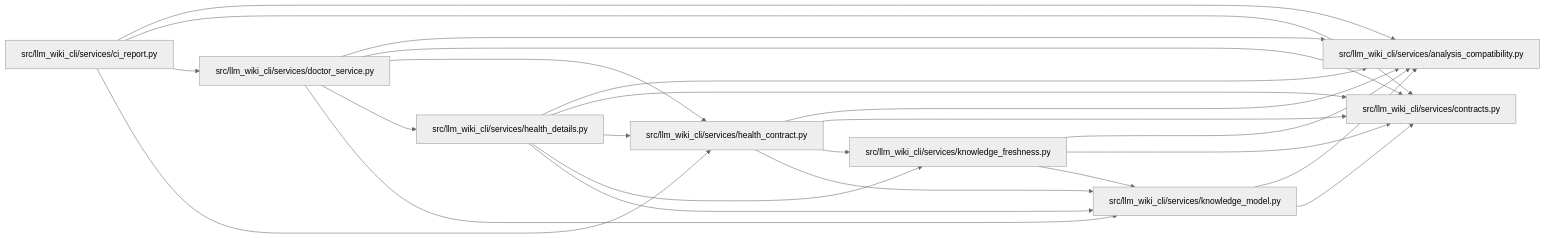
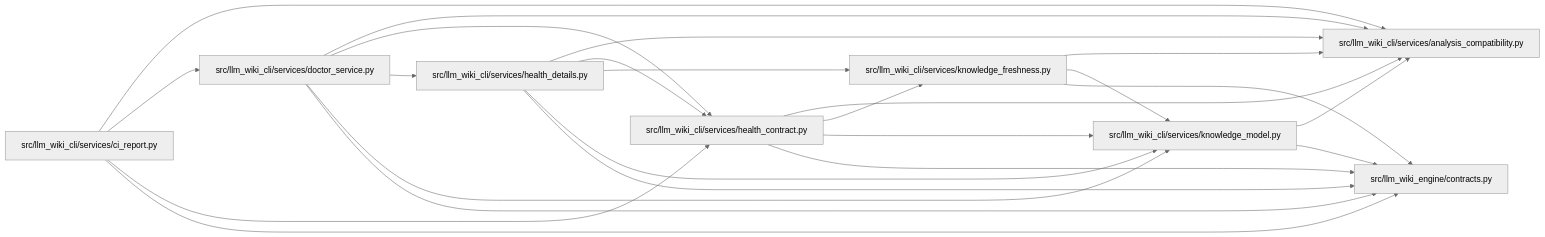
Before and after one commit to Denissvgn/python-wiki-llm: the diagram in docs/llm_wiki/modules/health_contract.md, drawn with Mermaid (neutral theme). The commit also changed other lines of this file and 1103 other files, not shown here.

First line of the commit message:
docs: refresh the wiki for the llm-wiki-engine distribution

````diff
--- a/docs/llm_wiki/modules/health_contract.md
+++ b/docs/llm_wiki/modules/health_contract.md
@@ -31,42 +31,42 @@
 ```mermaid
 flowchart LR
     n0["src/llm_wiki_cli/services/analysis_compatibility.py"]
     n1["src/llm_wiki_cli/services/ci_report.py"]
-    n2["src/llm_wiki_cli/services/contracts.py"]
-    n3["src/llm_wiki_cli/services/doctor_service.py"]
-    n4["src/llm_wiki_cli/services/health_contract.py"]
-    n5["src/llm_wiki_cli/services/health_details.py"]
-    n6["src/llm_wiki_cli/services/knowledge_freshness.py"]
-    n7["src/llm_wiki_cli/services/knowledge_model.py"]
+    n2["src/llm_wiki_cli/services/doctor_service.py"]
+    n3["src/llm_wiki_cli/services/health_contract.py"]
+    n4["src/llm_wiki_cli/services/health_details.py"]
+    n5["src/llm_wiki_cli/services/knowledge_freshness.py"]
+    n6["src/llm_wiki_cli/services/knowledge_model.py"]
+    n7["src/llm_wiki_engine/contracts.py"]
     n1 --> n0
     n1 --> n2
     n1 --> n3
-    n1 --> n4
+    n1 --> n7
+    n2 --> n0
+    n2 --> n3
+    n2 --> n4
+    n2 --> n6
+    n2 --> n7
     n3 --> n0
-    n3 --> n2
-    n3 --> n4
     n3 --> n5
+    n3 --> n6
     n3 --> n7
     n4 --> n0
-    n4 --> n2
+    n4 --> n3
+    n4 --> n5
     n4 --> n6
     n4 --> n7
     n5 --> n0
-    n5 --> n2
-    n5 --> n4
     n5 --> n6
     n5 --> n7
     n6 --> n0
-    n6 --> n2
     n6 --> n7
-    n7 --> n0
-    n7 --> n2
     click n0 "../modules/analysis_compatibility.md"
     click n1 "../modules/ci_report.md"
-    click n2 "../modules/services_contracts.md"
-    click n3 "../modules/doctor_service.md"
-    click n4 "../modules/health_contract.md"
-    click n5 "../modules/health_details.md"
-    click n6 "../modules/knowledge_freshness.md"
-    click n7 "../modules/knowledge_model.md"
+    click n2 "../modules/doctor_service.md"
+    click n3 "../modules/health_contract.md"
+    click n4 "../modules/health_details.md"
+    click n5 "../modules/knowledge_freshness.md"
+    click n6 "../modules/knowledge_model.md"
+    click n7 "../modules/llm_wiki_engine_contracts.md"
 ```
````
